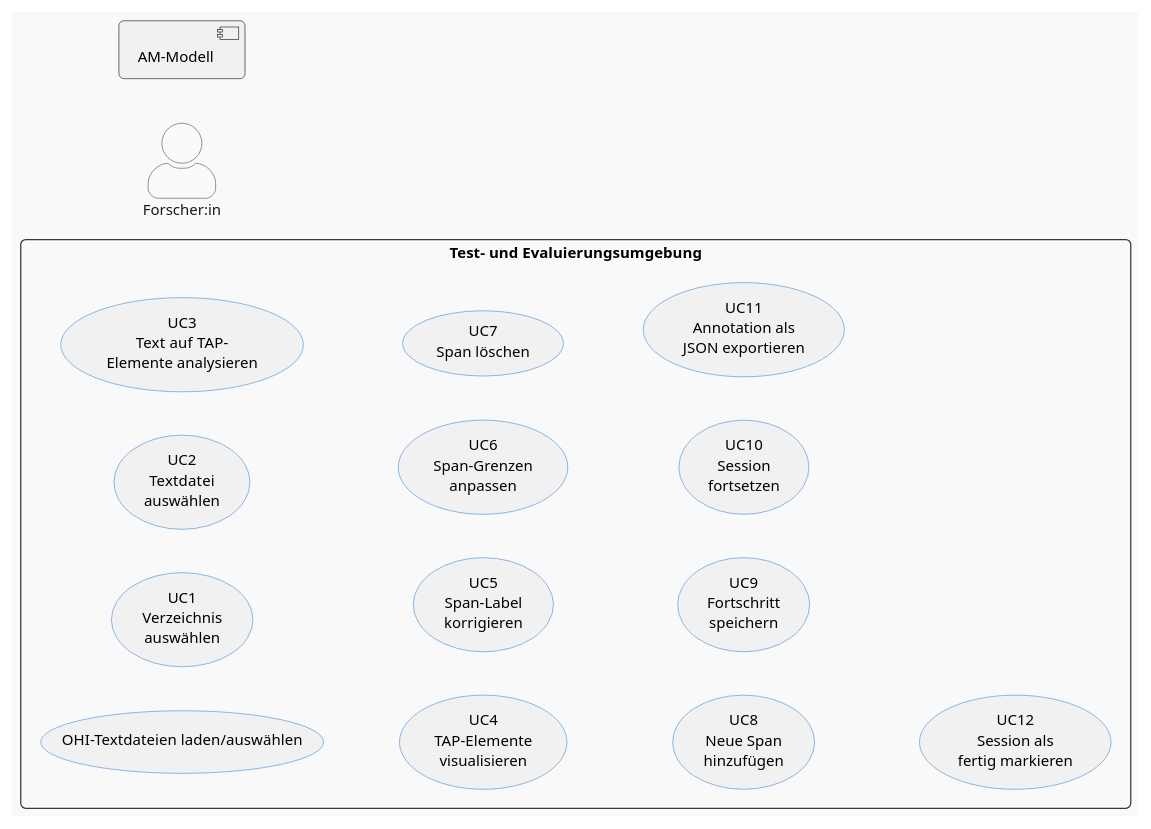
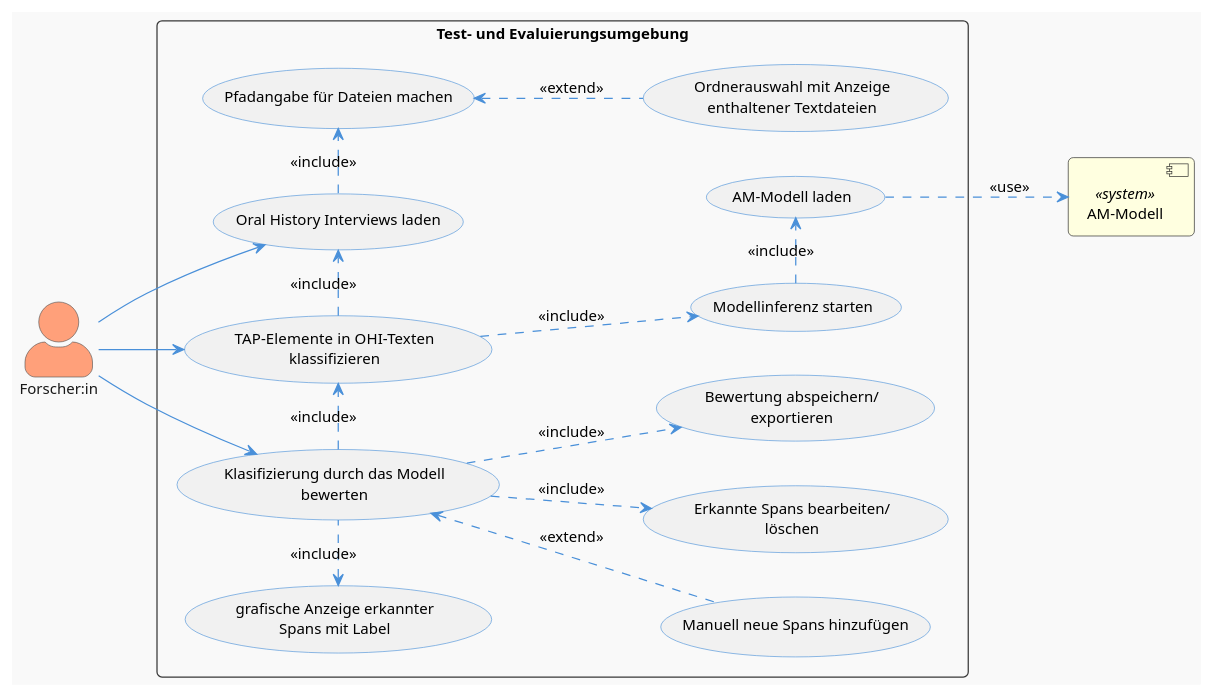
Before and after one commit to felixdrescher/german_am_modell: the diagram in documentation/app/use-case.plantuml, drawn with PlantUML. The commit also changed 7 other files, not shown here.

Commit message:
finishes all Use-Case and Activity Diagrams

```diff
--- a/documentation/app/use-case.plantuml
+++ b/documentation/app/use-case.plantuml
@@ -1,68 +1,60 @@
 @startuml FZ22_UseCases
 !theme mars
 skinparam defaultFontName Arial
 skinparam defaultFontSize 12
 skinparam roundcorner 8
 skinparam actorStyle awesome
 
 skinparam usecase {
     BorderColor #4A90D9
     ArrowColor #4A90D9
 }
+
 skinparam actor {
     BackgroundColor #FAFAFA
     BorderColor #555
 }
 
 left to right direction
 
 ' ── Akteure ──────────────────────────────────────────────
-actor "Forscher:in" as USER
-component "AM-Modell"  as MODEL
+actor "Forscher:in" as USER #LightSalmon
+component "AM-Modell"  as MODEL <<system>> #LightYellow
 
 ' ── Use Cases ─────────────────────────────────────────────
 rectangle "Test- und Evaluierungsumgebung" {
 
-    usecase "OHI-Textdateien laden/auswählen" as UC1
-    usecase "UC1\nVerzeichnis\nauswählen" as UC2
-    usecase "UC2\nTextdatei\nauswählen" as UC3
-    usecase "UC3\nText auf TAP-\nElemente analysieren" as UC4
-    usecase "UC4\nTAP-Elemente\nvisualisieren" as UC5
-    usecase "UC5\nSpan-Label\nkorrigieren" as UC6
-    usecase "UC6\nSpan-Grenzen\nanpassen" as UC7
-    usecase "UC7\nSpan löschen" as UC8
-    usecase "UC8\nNeue Span\nhinzufügen" as UC9
-    usecase "UC9\nFortschritt\nspeichern" as UC10
-    usecase "UC10\nSession\nfortsetzen" as UC11
-    usecase "UC11\nAnnotation als\nJSON exportieren" as UC12
-    usecase "UC12\nSession als\nfertig markieren" as UC13
+    usecase "Oral History Interviews laden" as UC1
+    usecase "Pfadangabe für Dateien machen" as UC1_1
+    usecase "Ordnerauswahl mit Anzeige\nenthaltener Textdateien" as UC1_1_1
+
+    usecase "TAP-Elemente in OHI-Texten\nklassifizieren" as UC2
+    usecase "Modellinferenz starten" as UC2_1
+    usecase "AM-Modell laden" as UC2_1_1
+
+    usecase "Klasifizierung durch das Modell\nbewerten" as UC3
+    usecase "grafische Anzeige erkannter\nSpans mit Label" as UC3_1
+    usecase "Manuell neue Spans hinzufügen" as UC3_2
+    usecase "Erkannte Spans bearbeiten/\nlöschen" as UC3_3
+    usecase "Bewertung abspeichern/\nexportieren" as UC3_4
 }
 
 ' ── Beziehungen Forscher:in ────────────────────────────────
-' USER --> UC1
-' USER --> UC2
-' USER --> UC3
-' USER --> UC5
-' USER --> UC6
-' USER --> UC7
-' USER --> UC8
-' USER --> UC9
-' USER --> UC10
-' USER --> UC11
-' USER --> UC12
-
-' ── Beziehungen AM-Modell ─────────────────────────────────
+USER --> UC1
+USER --> UC2
+USER --> UC3
 
 ' ── Include / Extend ──────────────────────────────────────
-' UC1  .> UC2  : <<include>>
-' UC2  .> UC3  : <<include>>
-' UC3  .> UC4  : <<include>>
-' UC5  .> UC4  : <<extend>>
-' UC6  .> UC4  : <<extend>>
-' UC7  .> UC4  : <<extend>>
-' UC8  .> UC4  : <<extend>>
-' UC9  .> UC10 : <<extend>>\nbei erneutem Laden
-' UC11 .> UC9  : <<extend>>
-' UC12 .> UC9  : <<include>>
+UC1         .right.>    UC1_1  : <<include>>
+UC1_1_1     .up.>       UC1_1 : <<extend>>
+UC2         .right.>    UC1  : <<include>>
+UC2         .down.>     UC2_1  : <<include>>
+UC2_1       .right.>    UC2_1_1 : <<include>>
+UC2_1_1     .down.>     MODEL : <<use>>
+UC3         .right.>    UC2 : <<include>>
+UC3         .left.>     UC3_1 : <<include>>
+UC3         .down.>     UC3_3 : <<include>>
+UC3_2       .up.>       UC3 : <<extend>>
+UC3         .down.>     UC3_4 : <<include>>
 
 @enduml
```
